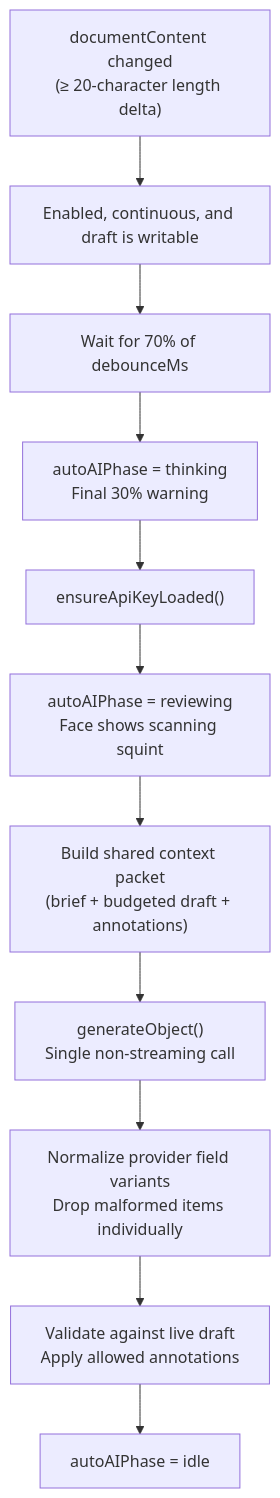
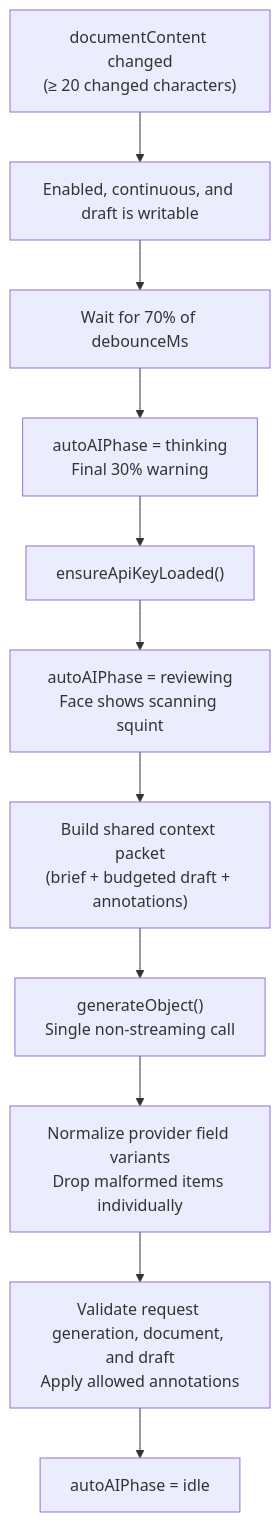
Before and after one commit to ThatXliner/Quillium: the first of 2 diagrams in docs/autoai.md, drawn with Mermaid. The commit also changed other lines of this file and 19 other files, not shown here.

````diff
--- a/docs/autoai.md
+++ b/docs/autoai.md
@@ -31,16 +31,16 @@
 ```mermaid
 flowchart TD
-    Change["documentContent changed<br/>(≥ 20-character length delta)"]
+    Change["documentContent changed<br/>(≥ 20 changed characters)"]
     Guard["Enabled, continuous, and draft is writable"]
     Debounce["Wait for 70% of debounceMs"]
     Thinking["autoAIPhase = thinking<br/>Final 30% warning"]
     LoadKey["ensureApiKeyLoaded()"]
     Reviewing["autoAIPhase = reviewing<br/>Face shows scanning squint"]
     Context["Build shared context packet<br/>(brief + budgeted draft + annotations)"]
     Generate["generateObject()<br/>Single non-streaming call"]
     Normalize["Normalize provider field variants<br/>Drop malformed items individually"]
-    Apply["Validate against live draft<br/>Apply allowed annotations"]
+    Apply["Validate request generation, document, and draft<br/>Apply allowed annotations"]
     Done["autoAIPhase = idle"]
 
     Change --> Guard --> Debounce --> Thinking --> LoadKey --> Reviewing --> Context --> Generate --> Normalize --> Apply --> Done
 ```
````
